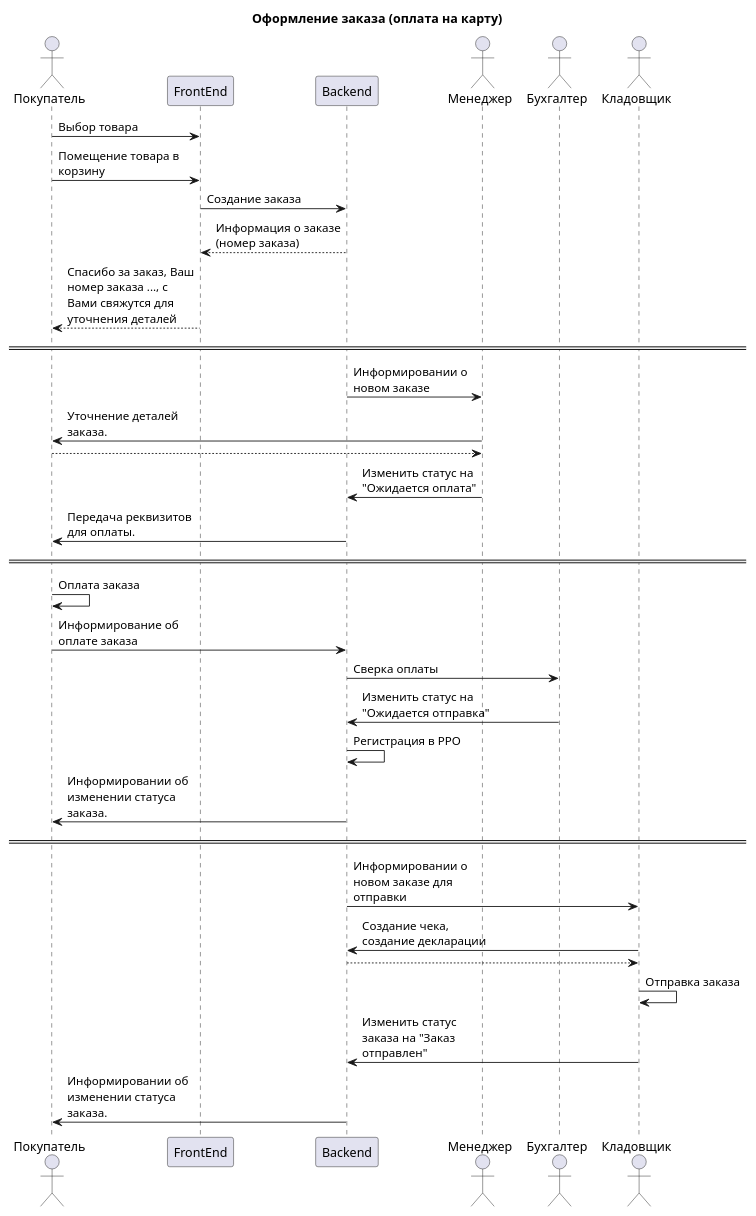
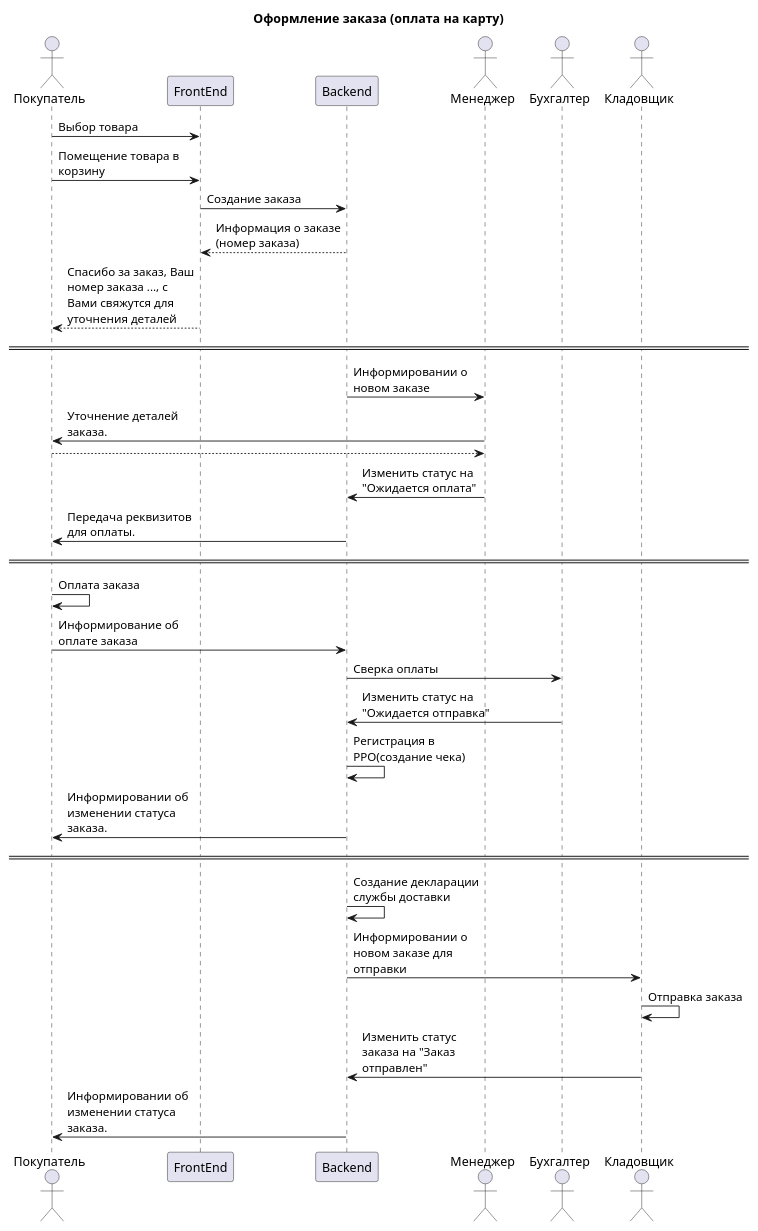
The diagram in documentation/use_case/create_order_2.puml (VadimShtukan/per.ua.ms), drawn with PlantUML before and after one commit. The commit also changed 14 other files, not shown here.

```diff
--- a/documentation/use_case/create_order_2.puml
+++ b/documentation/use_case/create_order_2.puml
@@ -1,42 +1,41 @@
 @startuml
 title Оформление заказа (оплата на карту)
 skinparam maxmessagesize 150
 
 actor Покупатель as User
 participant "FrontEnd" as FrontEnd
 participant "Backend" as Backend
 actor Менеджер as Manager
 actor Бухгалтер as Buh
 actor Кладовщик as StockMan
 
 User -> FrontEnd: Выбор товара
 User -> FrontEnd: Помещение товара в корзину
 FrontEnd -> Backend: Создание заказа
 Backend --> FrontEnd: Информация о заказе (номер заказа)
 FrontEnd --> User: Спасибо за заказ, Ваш номер заказа ..., с Вами свяжутся для уточнения деталей
 
 ==  ==
 Backend -> Manager: Информировании о новом заказе
 Manager -> User: Уточнение деталей заказа.
 User --> Manager:
 Manager -> Backend: Изменить статус на "Ожидается оплата"
 Backend -> User: Передача реквизитов для оплаты.
 
 ==  ==
 User -> User: Оплата заказа
 User -> Backend: Информирование об оплате заказа
 Backend -> Buh: Сверка оплаты
 Buh -> Backend: Изменить статус на "Ожидается отправка"
-Backend -> Backend: Регистрация в РРО
+Backend -> Backend: Регистрация в РРО(создание чека)
 Backend -> User: Информировании об изменении статуса заказа.
 
 ==  ==
+Backend -> Backend: Создание декларации службы доставки
 Backend -> StockMan: Информировании о новом заказе для отправки
-StockMan -> Backend: Создание чека, создание декларации
-Backend --> StockMan:
 StockMan -> StockMan: Отправка заказа
 StockMan -> Backend: Изменить статус заказа на "Заказ отправлен"
 Backend -> User: Информировании об изменении статуса заказа.
 
 
 @enduml
```
